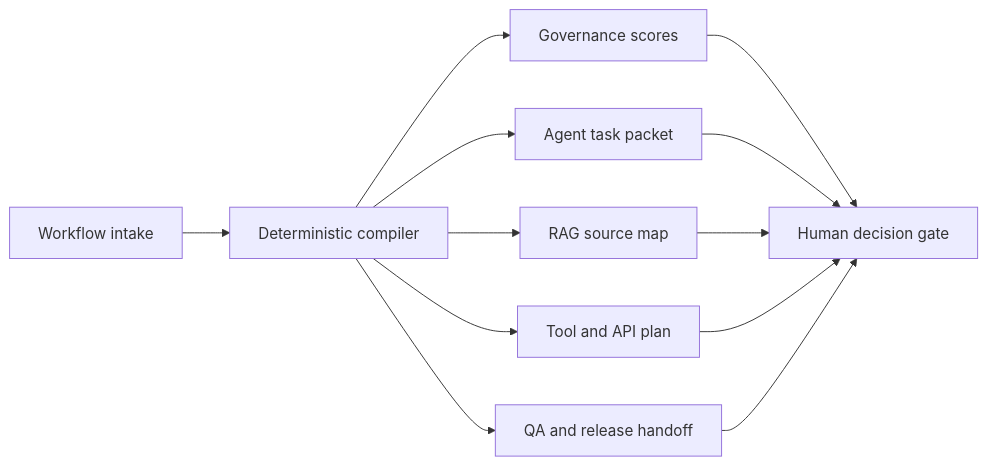
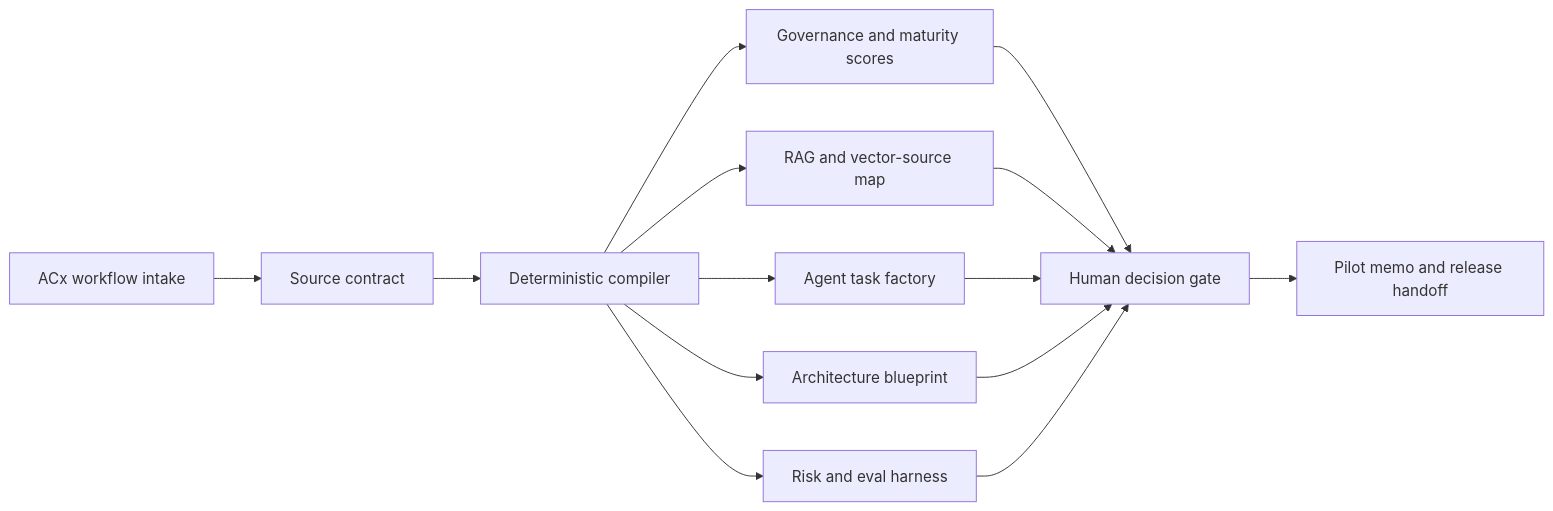
The diagram in README.md (shrishmanglik/Apply-Digital), drawn with Mermaid before and after one commit. The commit also changed other lines of this file and 6 other files, not shown here.

````diff
--- a/README.md
+++ b/README.md
@@ -65,14 +71,16 @@
 ```mermaid
 flowchart LR
-  A["Workflow intake"] --> B["Deterministic compiler"]
-  B --> C["Governance scores"]
-  B --> D["Agent task packet"]
-  B --> E["RAG source map"]
-  B --> F["Tool and API plan"]
-  B --> G["QA and release handoff"]
-  C --> H["Human decision gate"]
-  D --> H
-  E --> H
-  F --> H
-  G --> H
+  A["ACx workflow intake"] --> B["Source contract"]
+  B --> C["Deterministic compiler"]
+  C --> D["Governance and maturity scores"]
+  C --> E["RAG and vector-source map"]
+  C --> F["Agent task factory"]
+  C --> G["Architecture blueprint"]
+  C --> H["Risk and eval harness"]
+  D --> I["Human decision gate"]
+  E --> I
+  F --> I
+  G --> I
+  H --> I
+  I --> J["Pilot memo and release handoff"]
 ```
````
